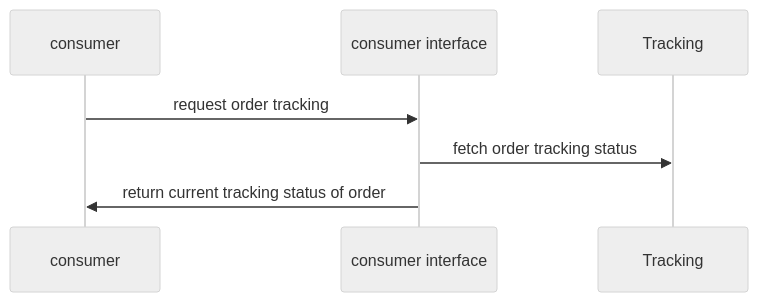
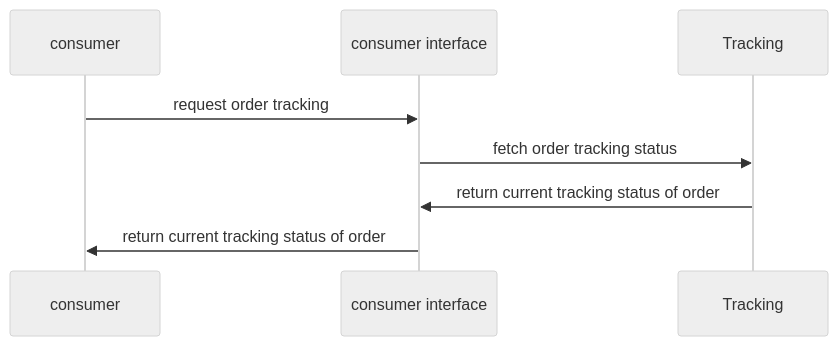
The seventh of 15 diagrams in spec/9-workflows.md (GovStackWorkingGroup/bb-emarketplace), drawn with Mermaid (neutral theme) before and after one commit. The commit also changed other lines of this file and 3 other files, not shown here.

````diff
--- a/spec/9-workflows.md
+++ b/spec/9-workflows.md
@@ -147,6 +154,8 @@
 ```mermaid
 sequenceDiagram
 consumer->>consumer interface: request order tracking
     consumer interface->>Tracking:fetch order tracking status
+Tracking->>consumer interface: return current tracking status of order
     consumer interface->>consumer: return current tracking status of order
+    
 ```
````
